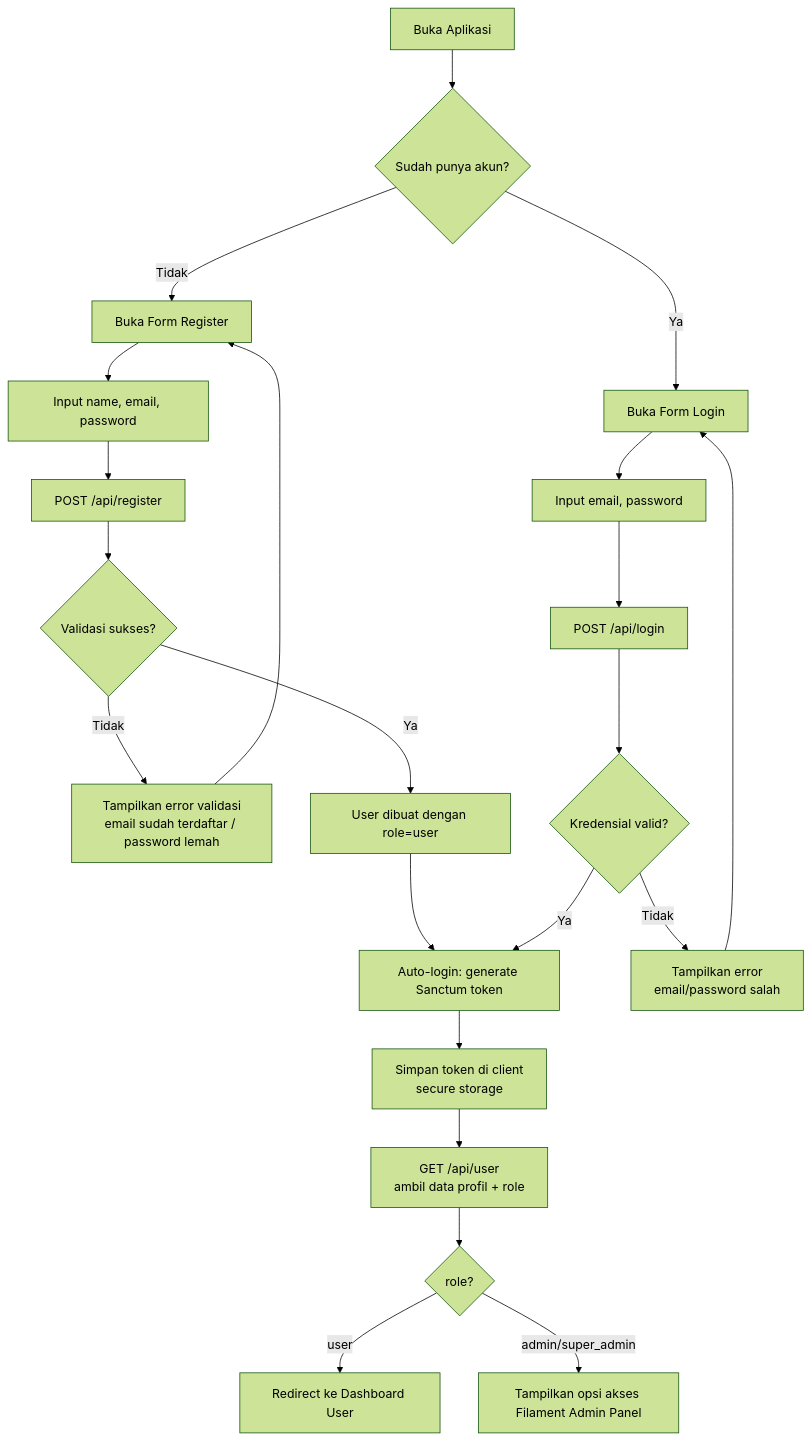
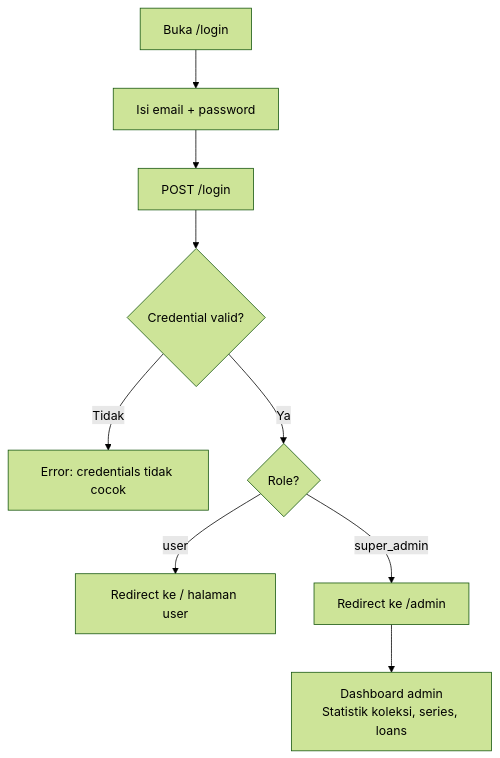
One commit to srytmj/malas changed the fifth of 6 diagrams in docs/03-user-flow.md. Above: the diagram before and after it, drawn with Mermaid (forest theme). The commit also changed other lines of this file and 1127 other files, not shown here.

````diff
--- a/docs/03-user-flow.md
+++ b/docs/03-user-flow.md
@@ -63,27 +81,11 @@
 ```mermaid
 flowchart TD
-    A[Buka Aplikasi] --> B{Sudah punya akun?}
-
-    B -- Tidak --> C[Buka Form Register]
-    C --> D[Input name, email, password]
-    D --> E[POST /api/register]
-    E --> F{Validasi sukses?}
-    F -- Tidak --> G[Tampilkan error validasi<br/>email sudah terdaftar / password lemah]
-    G --> C
-    F -- Ya --> H[User dibuat dengan role=user]
-    H --> I[Auto-login: generate Sanctum token]
-
-    B -- Ya --> J[Buka Form Login]
-    J --> K[Input email, password]
-    K --> L[POST /api/login]
-    L --> M{Kredensial valid?}
-    M -- Tidak --> N[Tampilkan error<br/>email/password salah]
-    N --> J
-    M -- Ya --> I
-
-    I --> O[Simpan token di client<br/>secure storage]
-    O --> P[GET /api/user<br/>ambil data profil + role]
-    P --> Q{role?}
-    Q -- "user" --> R[Redirect ke Dashboard User]
-    Q -- "admin/super_admin" --> S[Tampilkan opsi akses Filament Admin Panel]
+    A[Buka /login] --> B[Isi email + password]
+    B --> C[POST /login]
+    C --> D{Credential valid?}
+    D -- Tidak --> E[Error: credentials tidak cocok]
+    D -- Ya --> F{Role?}
+    F -- user --> G[Redirect ke / halaman user]
+    F -- super_admin --> H[Redirect ke /admin]
+    H --> I[Dashboard admin\nStatistik koleksi, series, loans]
 ```
````
